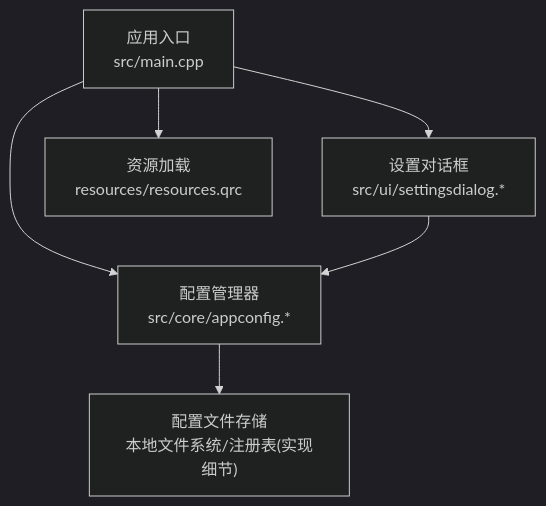
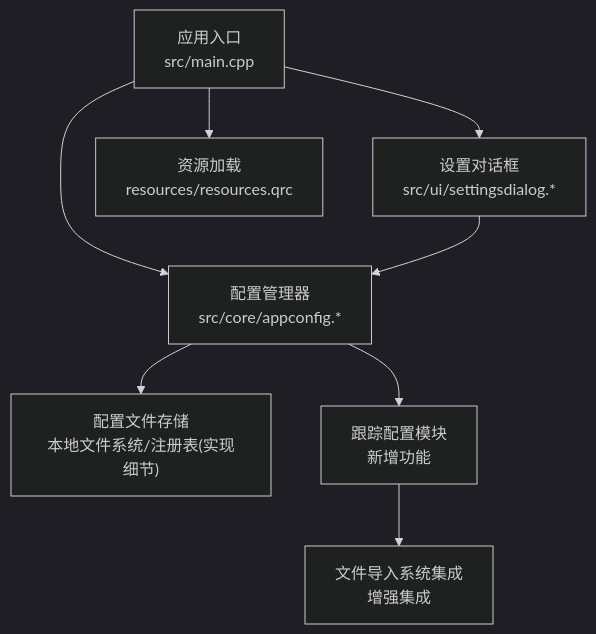
Before and after one commit to jakecai1225-design/OpenBus: the first of 6 diagrams in .qoder/repowiki/zh/content/核心模块详解/配置管理系统.md, drawn with Mermaid (dark theme). The commit also changed other lines of this file and 18 other files, not shown here.

````diff
--- a/.qoder/repowiki/zh/content/核心模块详解/配置管理系统.md
+++ b/.qoder/repowiki/zh/content/核心模块详解/配置管理系统.md
@@ -39,8 +48,10 @@
 ```mermaid
 graph TB
 A["应用入口<br/>src/main.cpp"] --> B["配置管理器<br/>src/core/appconfig.*"]
 A --> C["设置对话框<br/>src/ui/settingsdialog.*"]
 C --> B
 A --> D["资源加载<br/>resources/resources.qrc"]
 B --> E["配置文件存储<br/>本地文件系统/注册表(实现细节)"]
+B --> F["跟踪配置模块<br/>新增功能"]
+F --> G["文件导入系统集成<br/>增强集成"]
 ```
````
